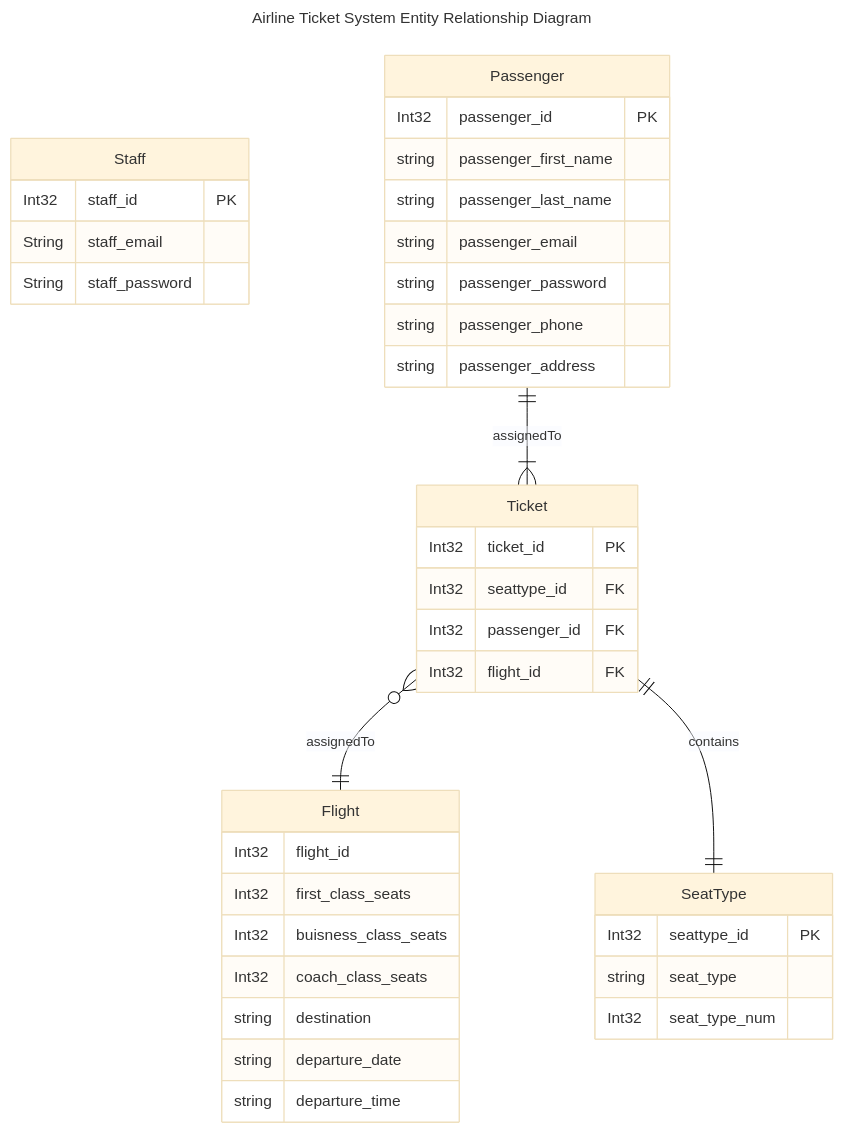
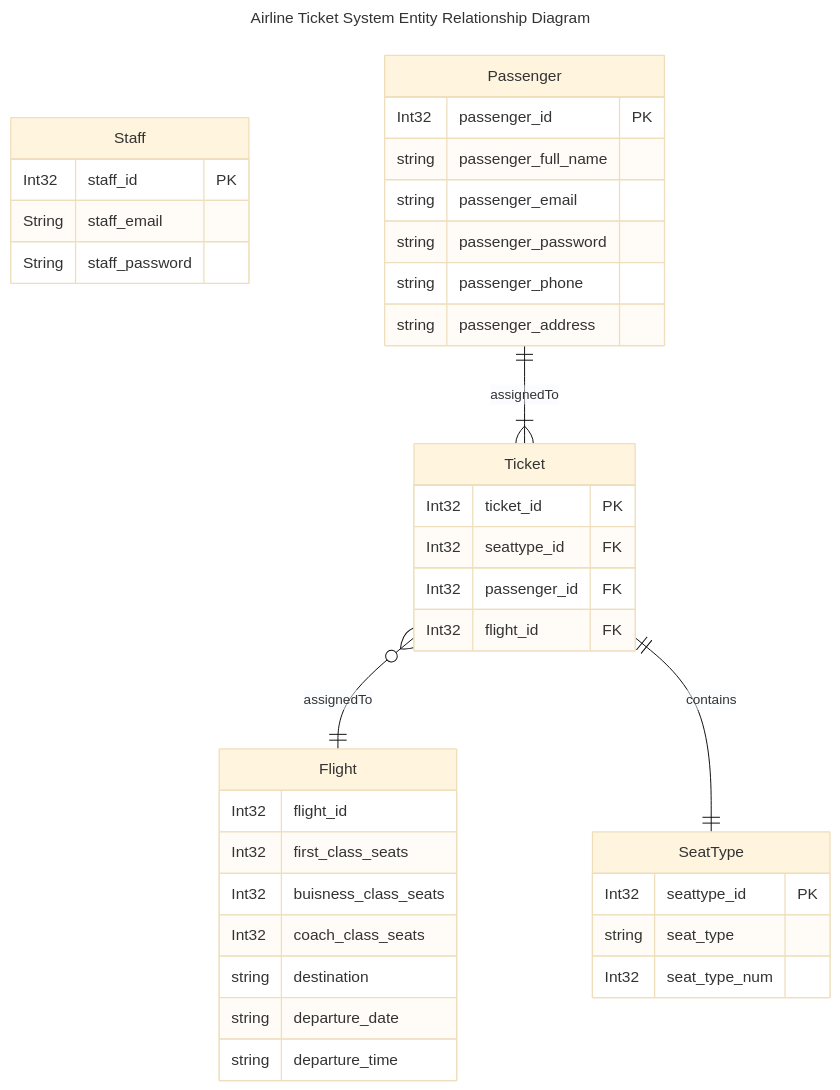
Before and after one commit to 4lex16/AppDevProject: the diagram in docs/Diagrams/ERD.md, drawn with Mermaid (base theme). The commit also changed 30 other files, not shown here.

````diff
--- a/docs/Diagrams/ERD.md
+++ b/docs/Diagrams/ERD.md
@@ -4,51 +4,50 @@
 ```mermaid
 ---
 title: Airline Ticket System Entity Relationship Diagram
 ---
 erDiagram
     %% Staff will be created by "Admin" (outside of our program)
     Staff {
         Int32 staff_id PK
         String staff_email
         String staff_password
     }
     
     Passenger {
         Int32 passenger_id PK
-        string passenger_first_name
-        string passenger_last_name
+        string passenger_full_name
         string passenger_email
         string passenger_password
         string passenger_phone
         string passenger_address
     }
 
     %% Flight will be created by "Admin" (outside of our program)
     Flight {
         Int32 flight_id
         Int32 first_class_seats
         Int32 buisness_class_seats
         Int32 coach_class_seats
         string destination
         string departure_date
         string departure_time
     }
 
 
     Ticket {
         Int32 ticket_id PK
         Int32 seattype_id FK
         Int32 passenger_id FK
         Int32 flight_id FK
     }
 
     SeatType {
         Int32 seattype_id PK
         string seat_type
         Int32 seat_type_num
     }
 
     Passenger ||--|{ Ticket : assignedTo
     Ticket }o--|| Flight: assignedTo
     Ticket ||--|| SeatType: contains
 ```
````
